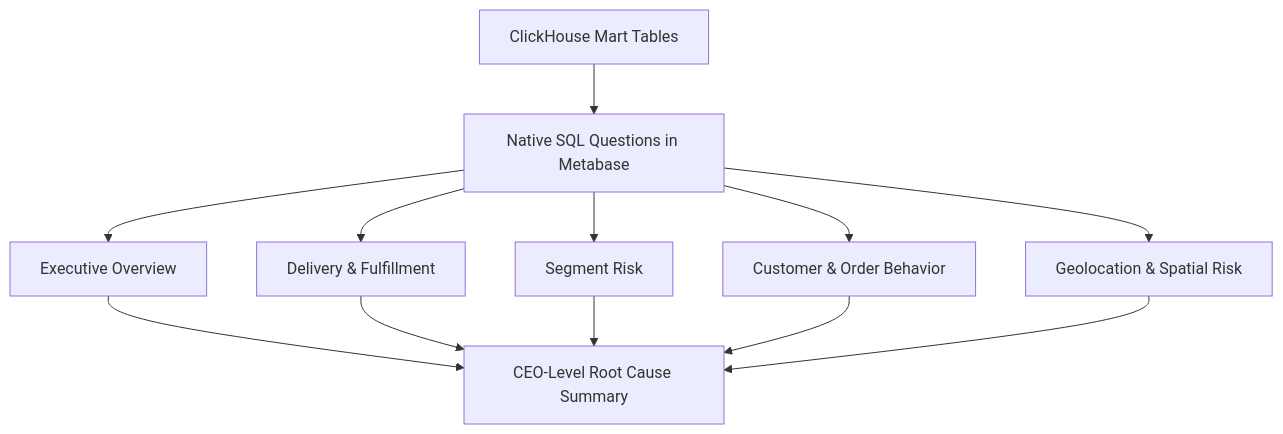
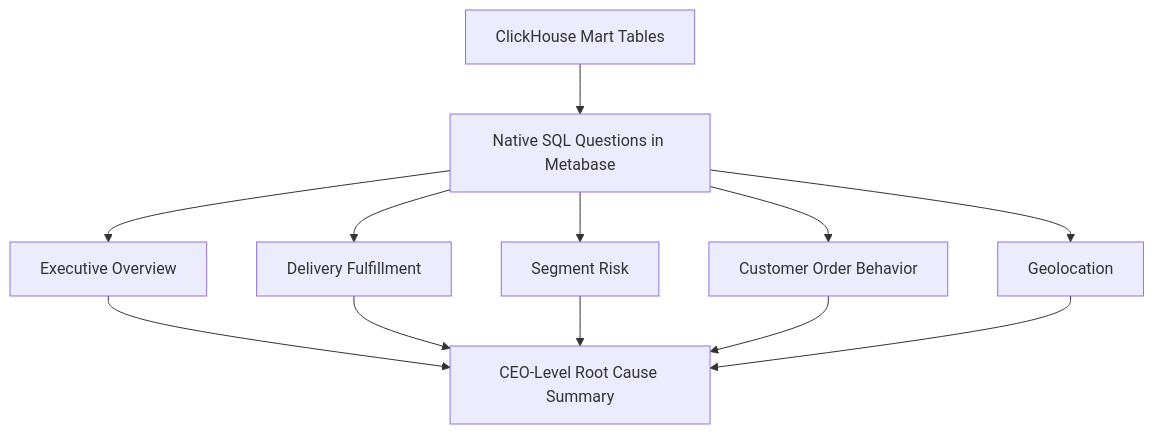
The ninth of 10 diagrams in docs/13_repository_architecture_guide.md (KuliahFarhan/farhan_fp_mci_customer_experience), drawn with Mermaid before and after one commit. The commit also changed other lines of this file and 15 other files, not shown here.

````diff
--- a/docs/13_repository_architecture_guide.md
+++ b/docs/13_repository_architecture_guide.md
@@ -409,14 +423,14 @@
 ```mermaid
 flowchart TD
     A[ClickHouse Mart Tables] --> B[Native SQL Questions in Metabase]
     B --> C[Executive Overview]
-    B --> D[Delivery & Fulfillment]
+    B --> D[Delivery Fulfillment]
     B --> E[Segment Risk]
-    B --> F[Customer & Order Behavior]
-    B --> G[Geolocation & Spatial Risk]
+    B --> F[Customer Order Behavior]
+    B --> G[Geolocation]
     C --> H[CEO-Level Root Cause Summary]
     D --> H
     E --> H
     F --> H
     G --> H
 ```
````
